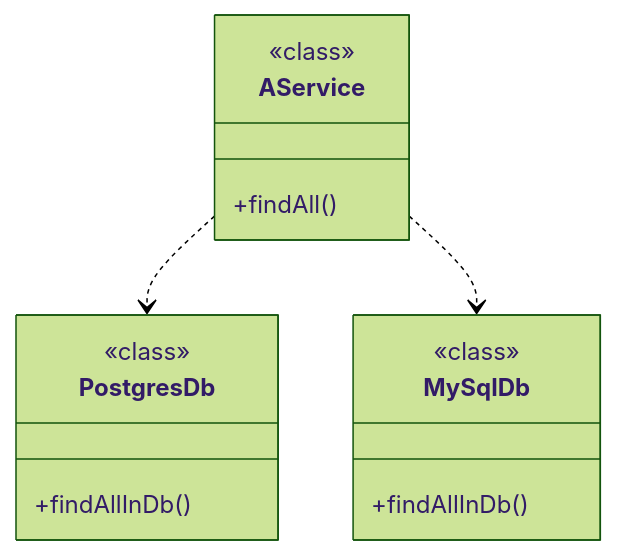
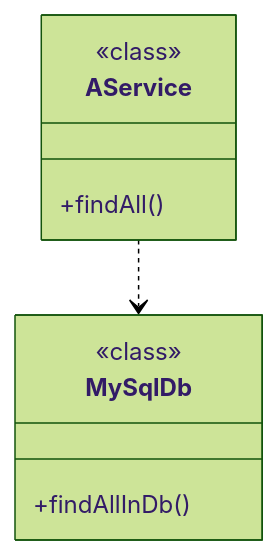
Before and after one commit to Zomzog/iut-spring-kotlin: the second of 4 diagrams in slides/pages/c1/di.md, drawn with Mermaid (forest theme). The commit also changed other lines of this file and 6 other files, not shown here.

````diff
--- a/slides/pages/c1/di.md
+++ b/slides/pages/c1/di.md
@@ -56,18 +44,13 @@
 ```mermaid
 classDiagram
     direction TD
     class AService {
         <<class>>
         +findAll()
     }
     class MySqlDb {
         <<class>>
         +findAllInDb()
     }
-    class PostgresDb {
-        <<class>>
-        +findAllInDb()
-    }
-    AService ..> PostgresDb
     AService ..> MySqlDb
 ```
````
